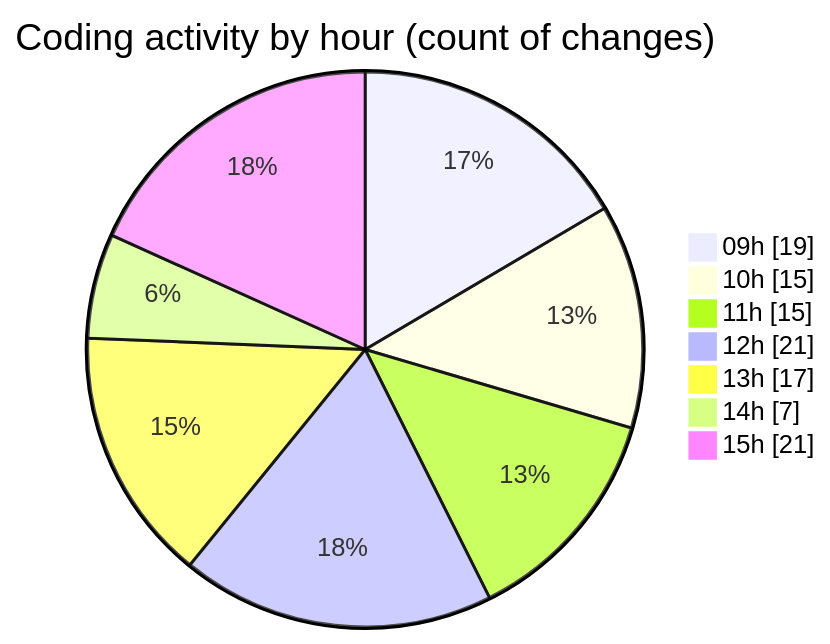
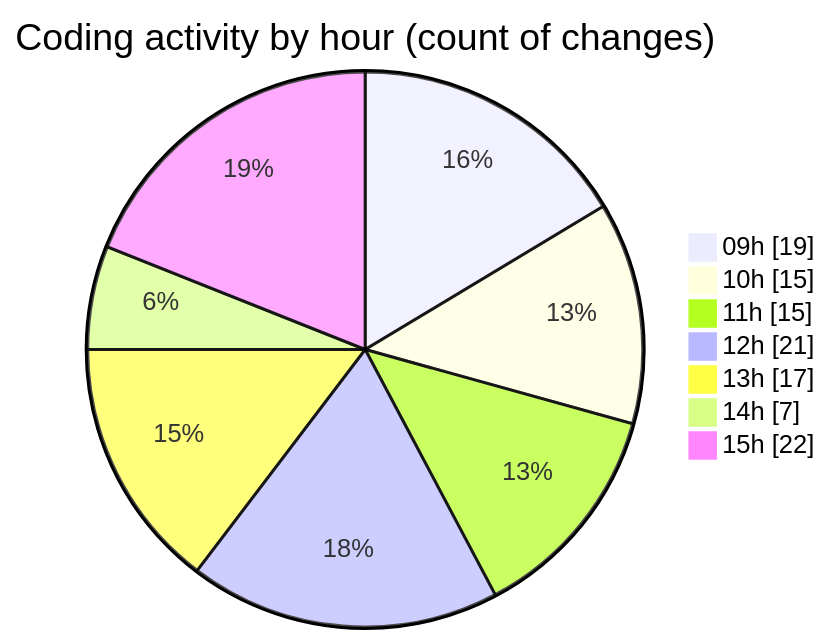
One commit to momahboobian/code-tracking changed the second of 2 diagrams in 2025-09-05/cda/README.md. Above: the diagram before and after it, drawn with Mermaid. The commit also changed other lines of this file and 1 other file, not shown here.

````diff
--- a/2025-09-05/cda/README.md
+++ b/2025-09-05/cda/README.md
@@ -35,11 +35,11 @@
 ```mermaid
 pie showData
 title Coding activity by hour (count of changes)
 "09h" : 19
 "10h" : 15
 "11h" : 15
 "12h" : 21
 "13h" : 17
 "14h" : 7
-"15h" : 21
+"15h" : 22
 ```
````
